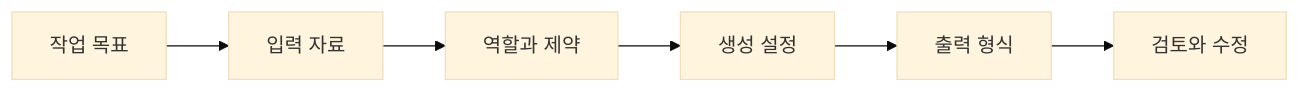
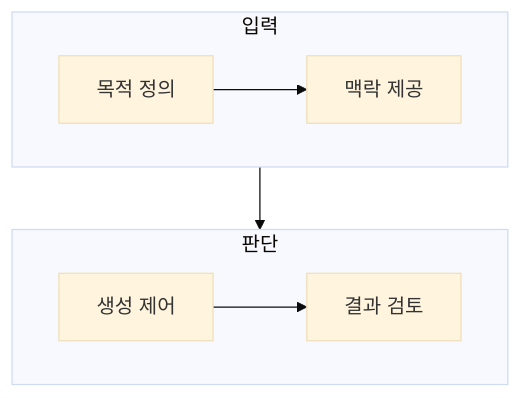
The diagram in ComputerScience/03_ai-ml-data/large-language-models/notes/OpenAI API 67. 텍스트 생성과 프롬프트.md (umyunsang/edu), drawn with Mermaid (base theme) before and after one commit. The commit also changed other lines of this file and 7 other files, not shown here.

````diff
--- a/ComputerScience/03_ai-ml-data/large-language-models/notes/OpenAI API 67. 텍스트 생성과 프롬프트.md
+++ b/ComputerScience/03_ai-ml-data/large-language-models/notes/OpenAI API 67. 텍스트 생성과 프롬프트.md
@@ -21,8 +24,12 @@
 ```mermaid
-flowchart LR
-  A["작업 목표"] --> B["입력 자료"]
-  B --> C["역할과 제약"]
-  C --> D["생성 설정"]
-  D --> E["출력 형식"]
-  E --> F["검토와 수정"]
+flowchart TB
+    subgraph Input[입력]
+        direction LR
+        A[목적 정의] --> B[맥락 제공]
+    end
+    subgraph Decision[판단]
+        direction LR
+        C[생성 제어] --> D[결과 검토]
+    end
+    B --> C
 ```
````
